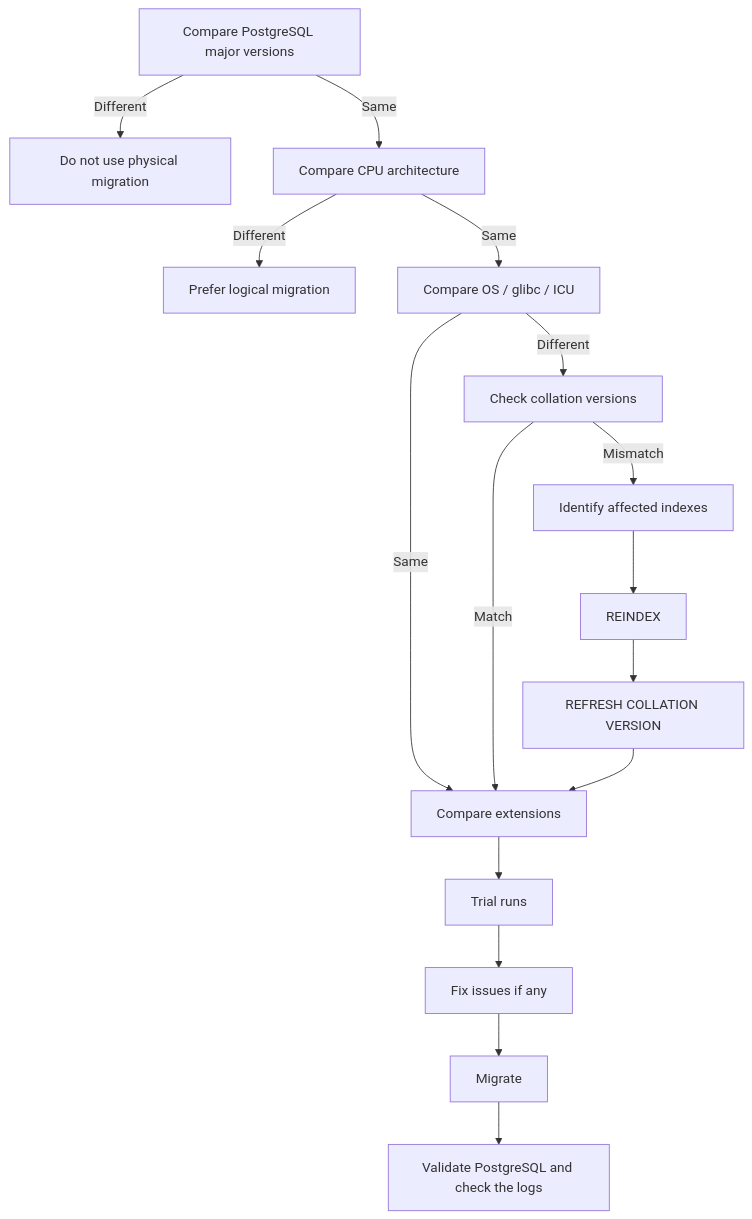
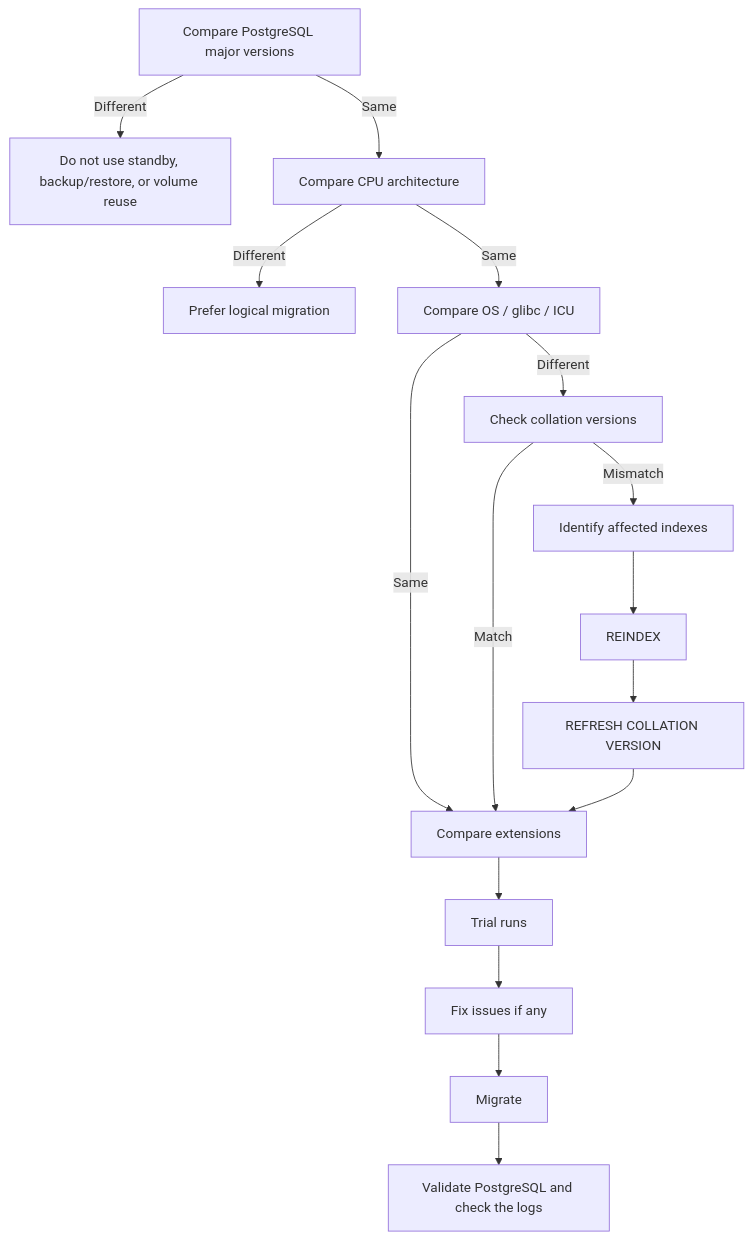
The diagram in docs/migrate-checklist.md (percona/k8spg-docs), drawn with Mermaid before and after one commit. The commit also changed other lines of this file, not shown here.

Commit message:
Removed confusing physical migration wording

````diff
--- a/docs/migrate-checklist.md
+++ b/docs/migrate-checklist.md
@@ -16,18 +16,18 @@
 ```mermaid
 flowchart TD
-    A[Compare PostgreSQL major versions] -->|Different| B[Do not use physical migration]
+    A[Compare PostgreSQL major versions] -->|Different| B[Do not use standby, backup/restore, or volume reuse]
     A -->|Same| C[Compare CPU architecture]
     C -->|Different| D[Prefer logical migration]
     C -->|Same| E[Compare OS / glibc / ICU]
     E -->|Same| F[Compare extensions]
     E -->|Different| G[Check collation versions]
     G -->|Match| F
     G -->|Mismatch| H[Identify affected indexes]
     H --> I[REINDEX]
     I --> J[REFRESH COLLATION VERSION]
     J --> F
     F --> K[Trial runs]
     K --> L[Fix issues if any]
     L --> M[Migrate]
     M --> N[Validate PostgreSQL and check the logs]
 ```
````
